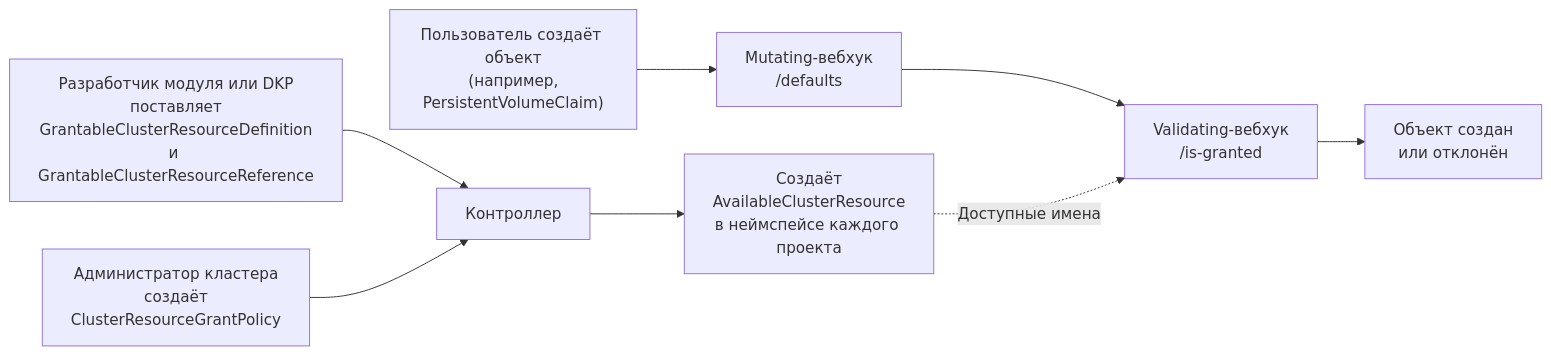
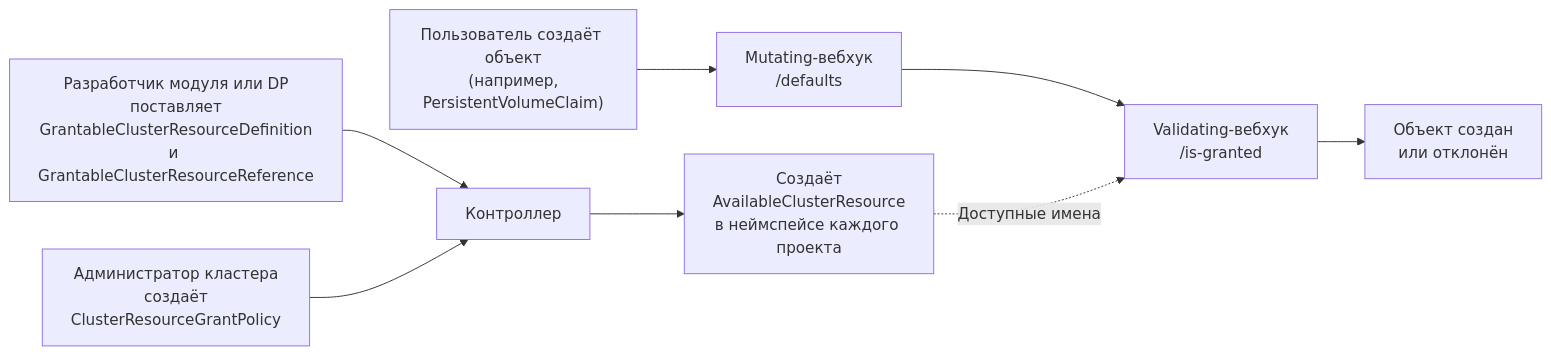
The diagram in modules/160-multitenancy-manager/docs/README_RU.md (deckhouse/deckhouse), drawn with Mermaid before and after one commit. The commit also changed other lines of this file and 1043 other files, not shown here.

```diff
--- a/modules/160-multitenancy-manager/docs/README_RU.md
+++ b/modules/160-multitenancy-manager/docs/README_RU.md
@@ -105,10 +105,10 @@
 <pre class="mermaid">
 flowchart LR
-    A["Разработчик модуля или DKP<br/>поставляет<br/>GrantableClusterResourceDefinition<br/>и GrantableClusterResourceReference"] --> C
+    A["Разработчик модуля или DP<br/>поставляет<br/>GrantableClusterResourceDefinition<br/>и GrantableClusterResourceReference"] --> C
     B["Администратор кластера<br/>создаёт<br/>ClusterResourceGrantPolicy"] --> C["Контроллер"]
     C --> D["Создаёт<br/>AvailableClusterResource<br/>в неймспейсе каждого проекта"]
     E["Пользователь создаёт объект<br/>(например,<br/>PersistentVolumeClaim)"] --> F["Mutating-вебхук<br/>/defaults"]
     F --> G["Validating-вебхук<br/>/is-granted"]
     D -. Доступные имена .-> G
     G --> H["Объект создан<br/>или отклонён"]
 </pre>
```
